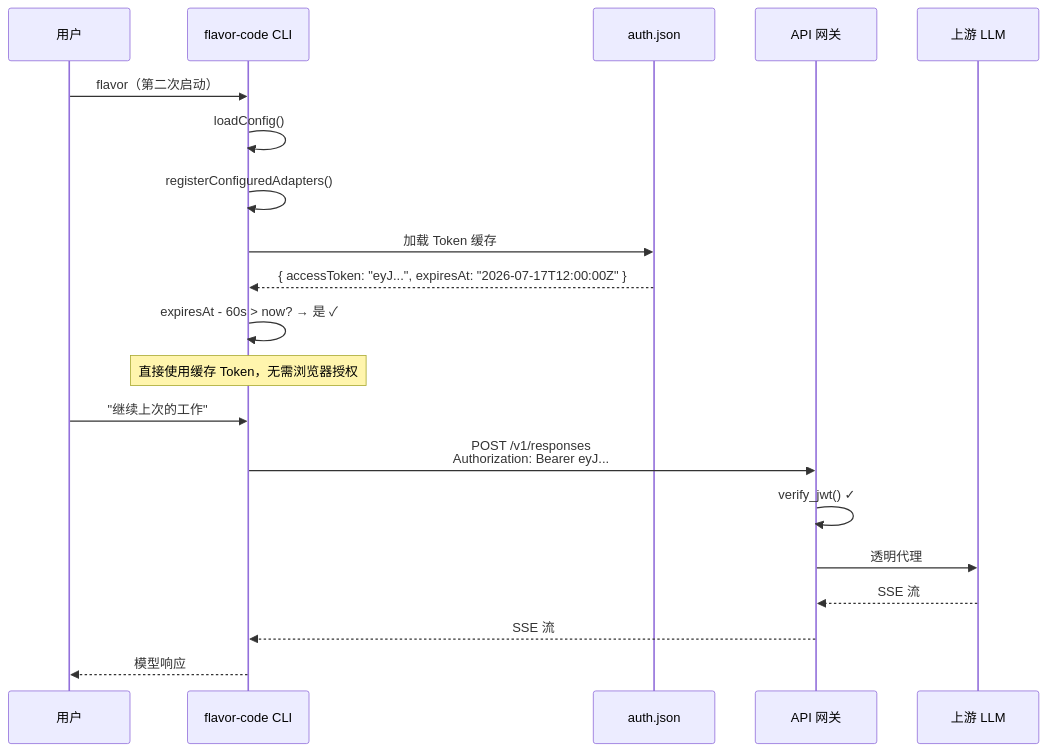
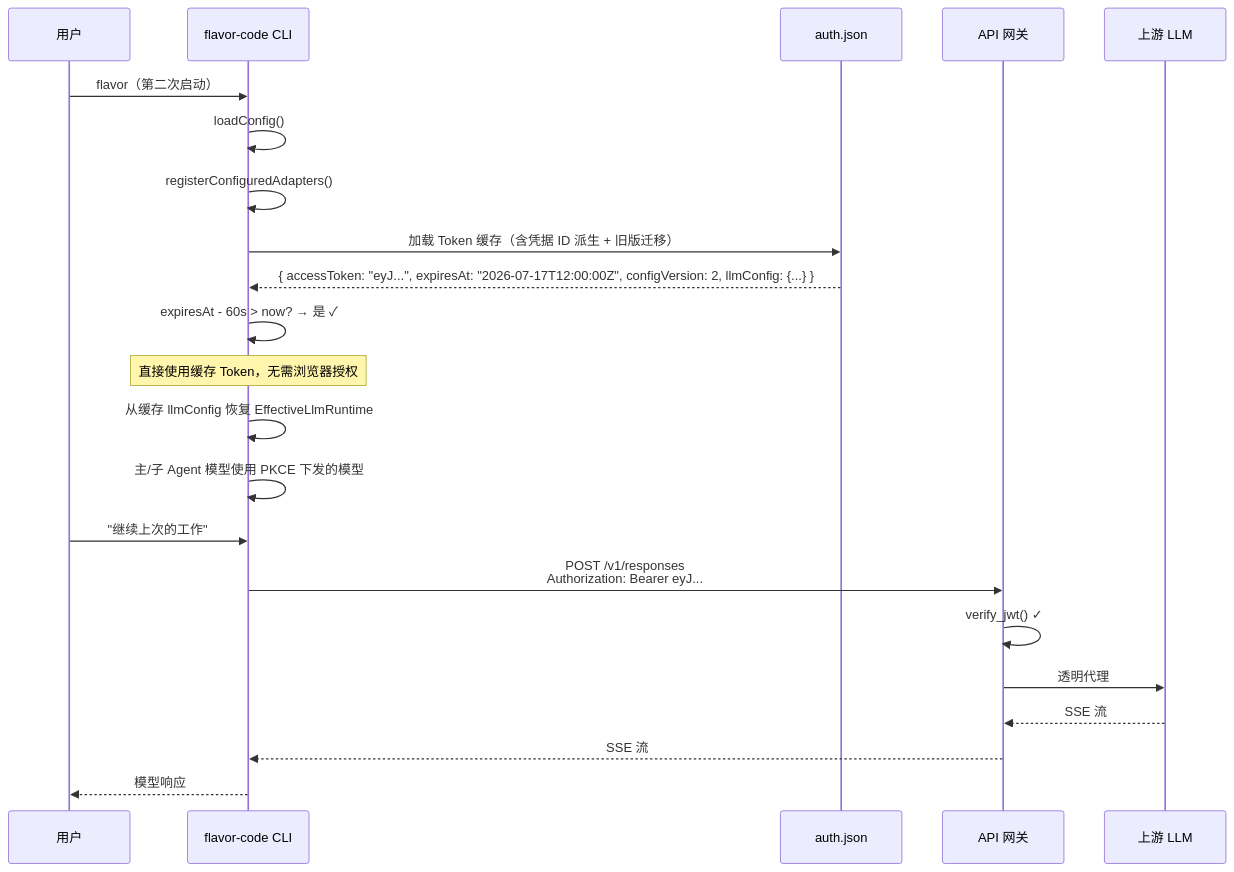
Diagram 37 of 45 in 技术方案报告.md (YachuanWzh/flavor-code), drawn with Mermaid before and after one commit. The commit also changed other lines of this file and 6 other files, not shown here.

First line of the commit message:
feat(auth): 实现 PKCE 运行时 LLM 配置管理

````diff
--- a/技术方案报告.md
+++ b/技术方案报告.md
@@ -3506,26 +3641,28 @@
 ```mermaid
 sequenceDiagram
     participant U as 用户
     participant FC as flavor-code CLI
     participant STORE as auth.json
     participant GW as API 网关
     participant LLM as 上游 LLM
 
     U->>FC: flavor（第二次启动）
     FC->>FC: loadConfig()
     FC->>FC: registerConfiguredAdapters()
 
-    FC->>STORE: 加载 Token 缓存
-    STORE-->>FC: { accessToken: "eyJ...", expiresAt: "2026-07-17T12:00:00Z" }
+    FC->>STORE: 加载 Token 缓存（含凭据 ID 派生 + 旧版迁移）
+    STORE-->>FC: { accessToken: "eyJ...", expiresAt: "2026-07-17T12:00:00Z", configVersion: 2, llmConfig: {...} }
 
     FC->>FC: expiresAt - 60s > now? → 是 ✓
     Note over FC: 直接使用缓存 Token，无需浏览器授权
+    FC->>FC: 从缓存 llmConfig 恢复 EffectiveLlmRuntime
+    FC->>FC: 主/子 Agent 模型使用 PKCE 下发的模型
 
     U->>FC: "继续上次的工作"
     FC->>GW: POST /v1/responses<br/>Authorization: Bearer eyJ...
     GW->>GW: verify_jwt() ✓
     GW->>LLM: 透明代理
     LLM-->>GW: SSE 流
     GW-->>FC: SSE 流
     FC-->>U: 模型响应
 ```
````
